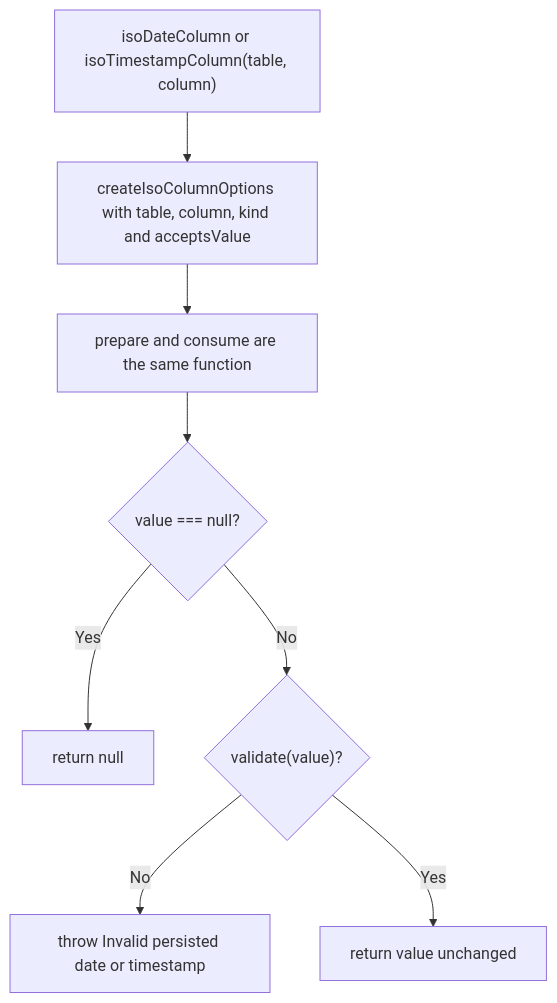
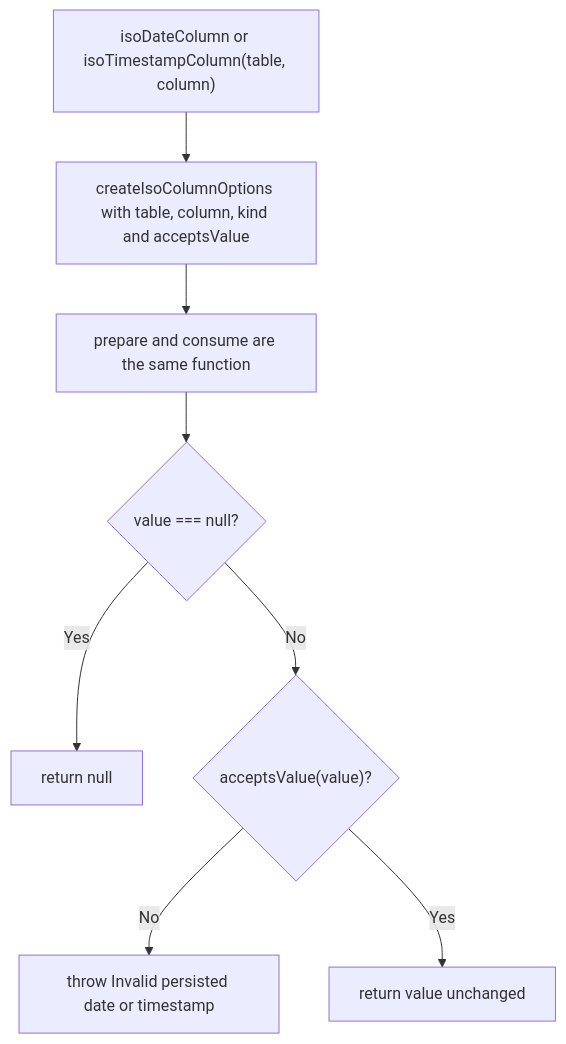
One commit to Kevinjohn/oss-adonisjs-lucid-checked-columns changed the second of 2 diagrams in user-stories/US-COLUMN-02-store-iso-date-or-timestamp.md. Above: the diagram before and after it, drawn with Mermaid. The commit also changed other lines of this file and 7 other files, not shown here.

````diff
--- a/user-stories/US-COLUMN-02-store-iso-date-or-timestamp.md
+++ b/user-stories/US-COLUMN-02-store-iso-date-or-timestamp.md
@@ -40,10 +41,10 @@
 ```mermaid
 flowchart TD
     A["isoDateColumn or isoTimestampColumn(table, column)"] --> B["createIsoColumnOptions with table, column, kind and acceptsValue"]
     B --> C["prepare and consume are the same function"]
     C --> D{"value === null?"}
     D -->|Yes| E["return null"]
-    D -->|No| F{"validate(value)?"}
+    D -->|No| F{"acceptsValue(value)?"}
     F -->|No| G["throw Invalid persisted date or timestamp"]
     F -->|Yes| H["return value unchanged"]
 ```
````
